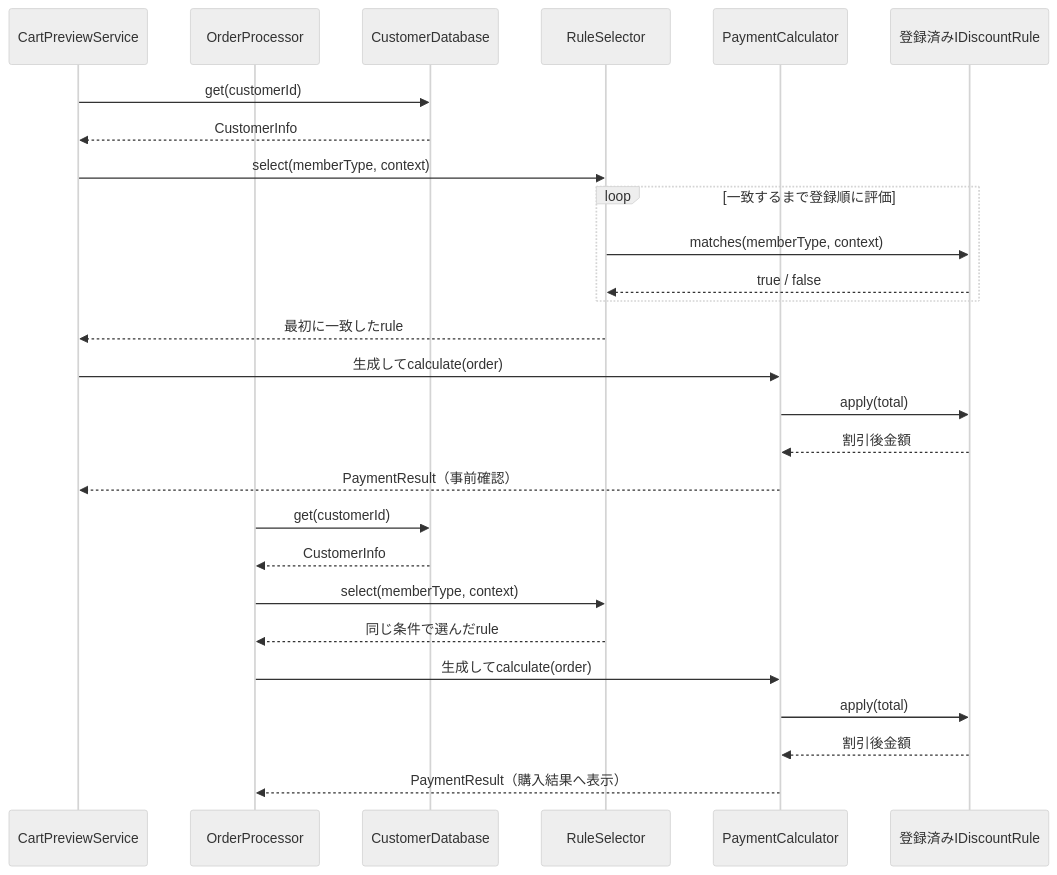
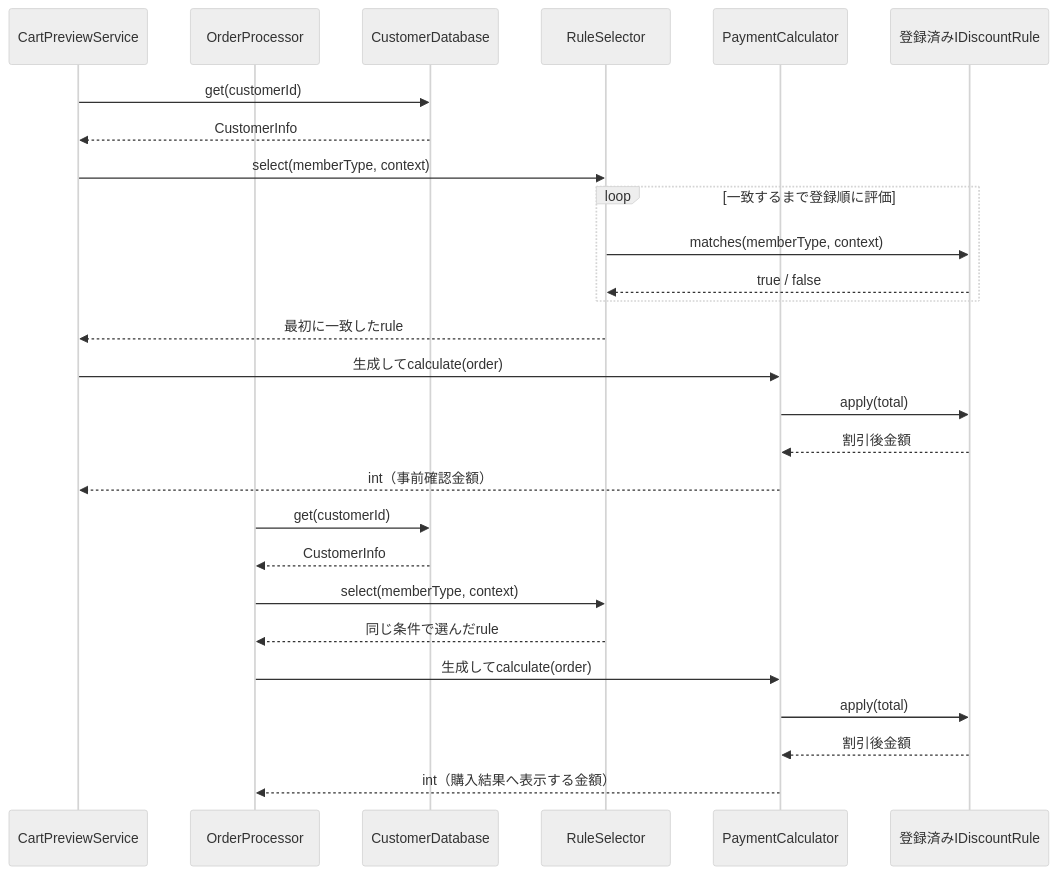
Before and after one commit to kumachan1101-pixel/DesignPattern: diagram 13 of 16 in kindle/design-patterns/books/volume01-core-patterns/output/03-chapter01.md, drawn with Mermaid (neutral theme). The commit also changed other lines of this file and 41 other files, not shown here.

````diff
--- a/kindle/design-patterns/books/volume01-core-patterns/output/03-chapter01.md
+++ b/kindle/design-patterns/books/volume01-core-patterns/output/03-chapter01.md
@@ -2121,31 +2136,31 @@
 ```mermaid
 sequenceDiagram
     participant V as CartPreviewService
     participant O as OrderProcessor
     participant DB as CustomerDatabase
     participant S as RuleSelector
     participant P as PaymentCalculator
     participant I as 登録済みIDiscountRule
 
     V->>DB: get(customerId)
     DB-->>V: CustomerInfo
     V->>S: select(memberType, context)
     loop 一致するまで登録順に評価
         S->>I: matches(memberType, context)
         I-->>S: true / false
     end
     S-->>V: 最初に一致したrule
     V->>P: 生成してcalculate(order)
     P->>I: apply(total)
     I-->>P: 割引後金額
-    P-->>V: PaymentResult（事前確認）
+    P-->>V: int（事前確認金額）
 
     O->>DB: get(customerId)
     DB-->>O: CustomerInfo
     O->>S: select(memberType, context)
     S-->>O: 同じ条件で選んだrule
     O->>P: 生成してcalculate(order)
     P->>I: apply(total)
     I-->>P: 割引後金額
-    P-->>O: PaymentResult（購入結果へ表示）
+    P-->>O: int（購入結果へ表示する金額）
 ```
````
